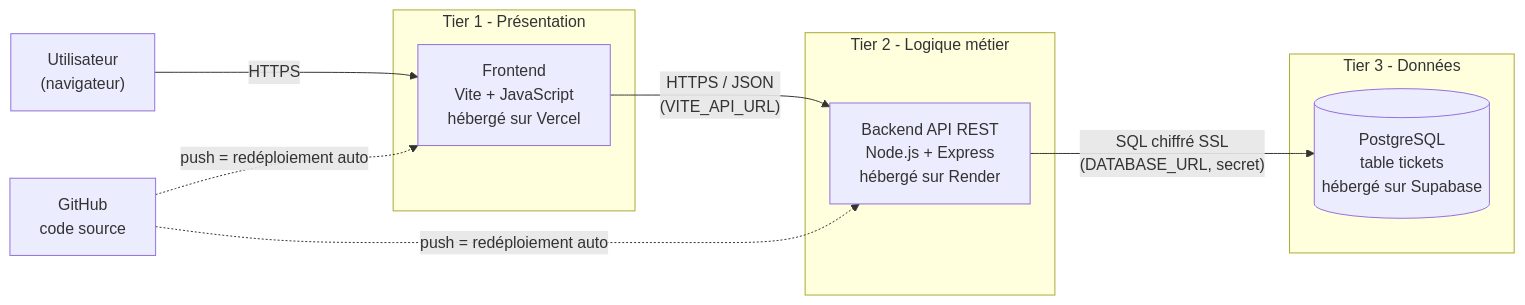
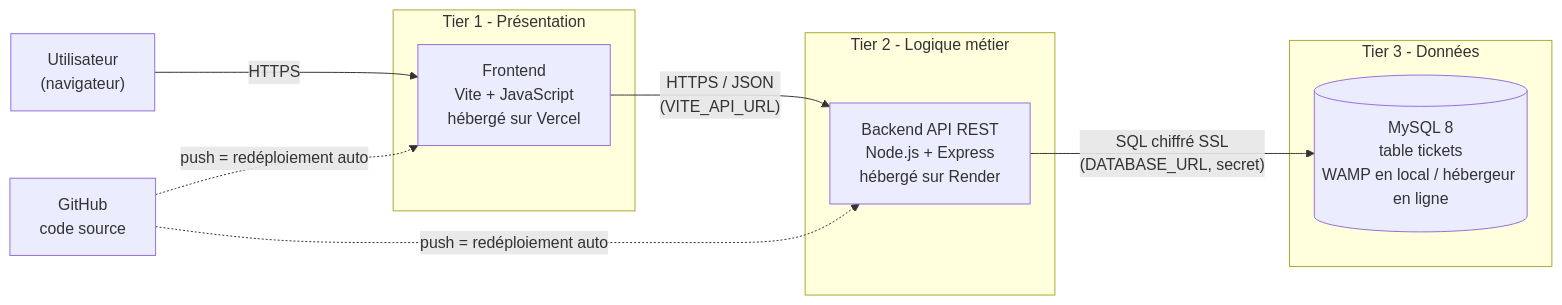
Before and after one commit to LisaPayan/Hebergement: the diagram in docs/architecture.md, drawn with Mermaid. The commit also changed other lines of this file and 6 other files, not shown here.

First line of the commit message:
Passage de PostgreSQL à MySQL (WAMP en local) et mise à jour de la documentation

````diff
--- a/docs/architecture.md
+++ b/docs/architecture.md
@@ -5,20 +5,20 @@
 ```mermaid
 flowchart LR
     U["Utilisateur<br/>(navigateur)"]
     subgraph T1["Tier 1 - Présentation"]
         F["Frontend<br/>Vite + JavaScript<br/>hébergé sur Vercel"]
     end
     subgraph T2["Tier 2 - Logique métier"]
         B["Backend API REST<br/>Node.js + Express<br/>hébergé sur Render"]
     end
     subgraph T3["Tier 3 - Données"]
-        D[("PostgreSQL<br/>table tickets<br/>hébergé sur Supabase")]
+        D[("MySQL 8<br/>table tickets<br/>WAMP en local / hébergeur en ligne")]
     end
     G["GitHub<br/>code source"]
 
     U -- HTTPS --> F
     F -- "HTTPS / JSON<br/>(VITE_API_URL)" --> B
     B -- "SQL chiffré SSL<br/>(DATABASE_URL, secret)" --> D
     G -. "push = redéploiement auto" .-> F
     G -. "push = redéploiement auto" .-> B
 ```
````
